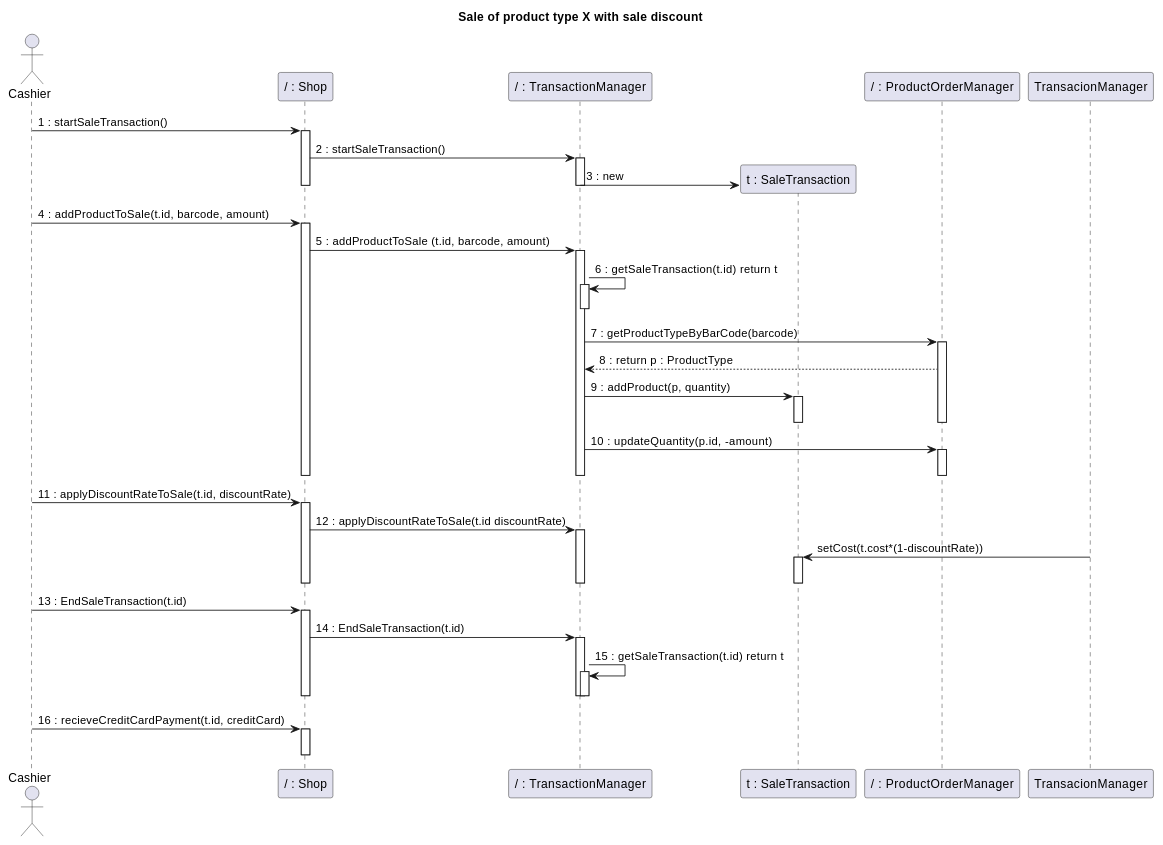
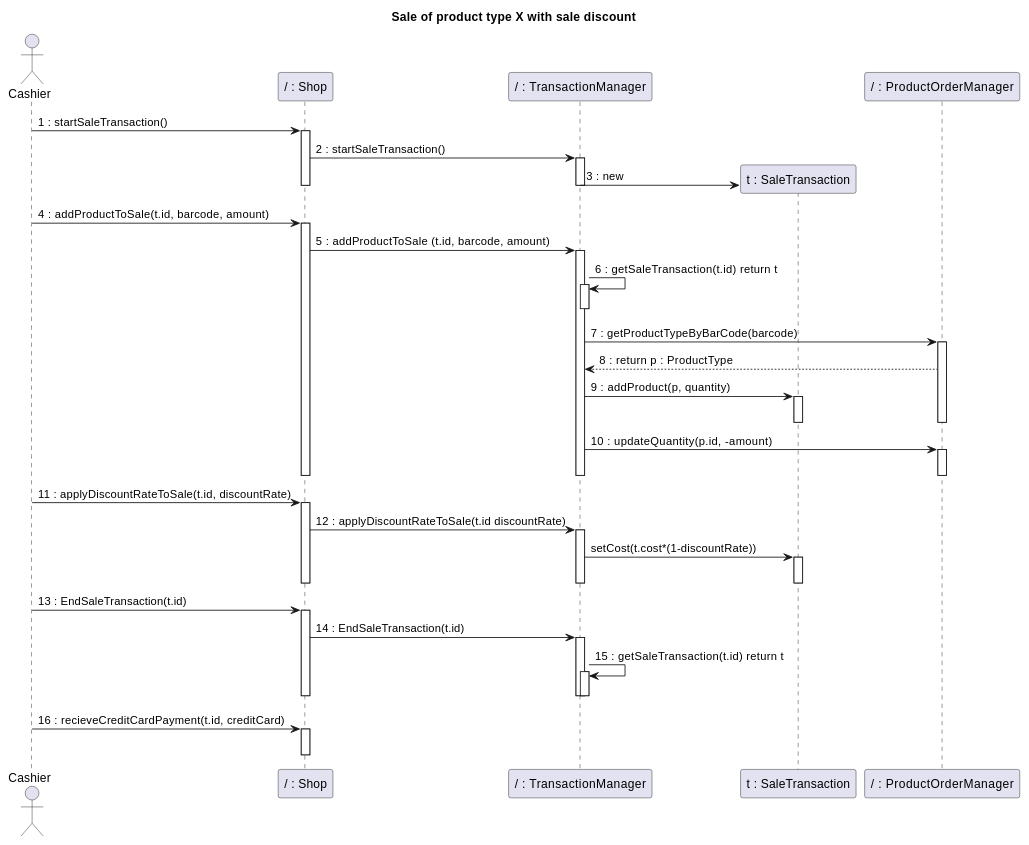
Before and after one commit to nicolabattaglino/ezshop: diagram 20 of 32 in Deliverables/DesignDocument.md, drawn with PlantUML. The commit also changed other lines of this file, not shown here.

````diff
--- a/Deliverables/DesignDocument.md
+++ b/Deliverables/DesignDocument.md
@@ -954,72 +954,72 @@
 ```plantuml
 @startuml
 
 title
 Sale of product type X with sale discount
 end title
 
 actor Cashier
 
 participant "/ : Shop" as Shop
 participant "/ : TransactionManager" as TransactionManager
 participant "t : SaleTransaction"  as SaleTransaction
 participant "/ : ProductOrderManager" as ProductOrderManager
 
 Cashier -> Shop: 1 : startSaleTransaction()
 activate Shop
 Shop -> TransactionManager : 2 : startSaleTransaction()
 activate TransactionManager
 create SaleTransaction
 TransactionManager -> SaleTransaction: 3 : new
 deactivate TransactionManager
 deactivate Shop
 Cashier -> Shop : 4 : addProductToSale(t.id, barcode, amount)
 activate Shop
 Shop -> TransactionManager: 5 : addProductToSale (t.id, barcode, amount)
  
 
 activate TransactionManager
 TransactionManager -> TransactionManager: 6 : getSaleTransaction(t.id) return t
 activate TransactionManager
 deactivate TransactionManager
 TransactionManager -> ProductOrderManager: 7 : getProductTypeByBarCode(barcode)
 activate ProductOrderManager
 
 
 TransactionManager <-- ProductOrderManager : 8 : return p : ProductType
 
 TransactionManager -> SaleTransaction : 9 : addProduct(p, quantity)
 activate SaleTransaction
 deactivate SaleTransaction
 deactivate ProductOrderManager
 TransactionManager -> ProductOrderManager: 10 : updateQuantity(p.id, -amount)
 activate ProductOrderManager
 deactivate ProductOrderManager
 deactivate TransactionManager
 deactivate Shop
 
 Cashier -> Shop : 11 : applyDiscountRateToSale(t.id, discountRate)
 activate Shop
 Shop -> TransactionManager : 12 : applyDiscountRateToSale(t.id discountRate)
 activate TransactionManager
-TransacionManager -> SaleTransaction : setCost(t.cost*(1-discountRate))
+TransactionManager -> SaleTransaction : setCost(t.cost*(1-discountRate))
 activate SaleTransaction
 deactivate SaleTransaction
 deactivate TransactionManager
 deactivate Shop
 
 Cashier -> Shop : 13 : EndSaleTransaction(t.id)
 activate Shop
 Shop -> TransactionManager : 14 : EndSaleTransaction(t.id)
 activate TransactionManager
 TransactionManager -> TransactionManager : 15 : getSaleTransaction(t.id) return t
 activate TransactionManager
 deactivate TransactionManager
 deactivate TransactionManager
 deactivate Shop
 
 Cashier -> Shop : 16 : recieveCreditCardPayment(t.id, creditCard)
 activate Shop
 deactivate Shop
 @enduml
 ```
````
